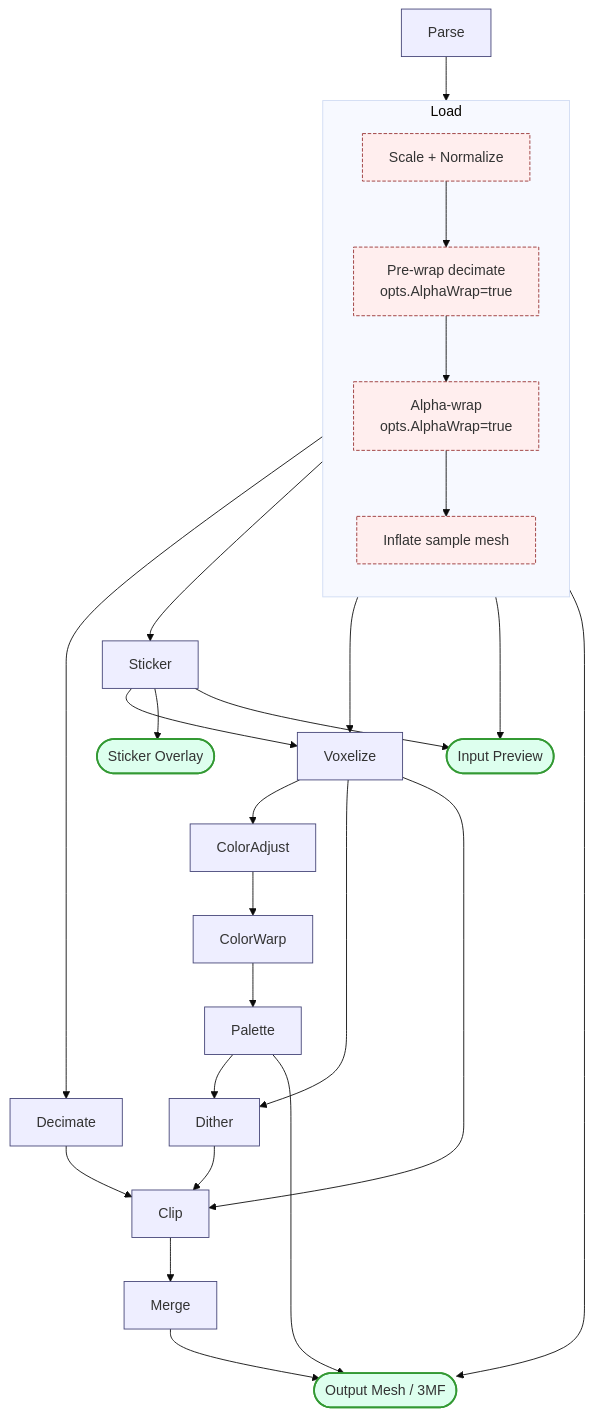
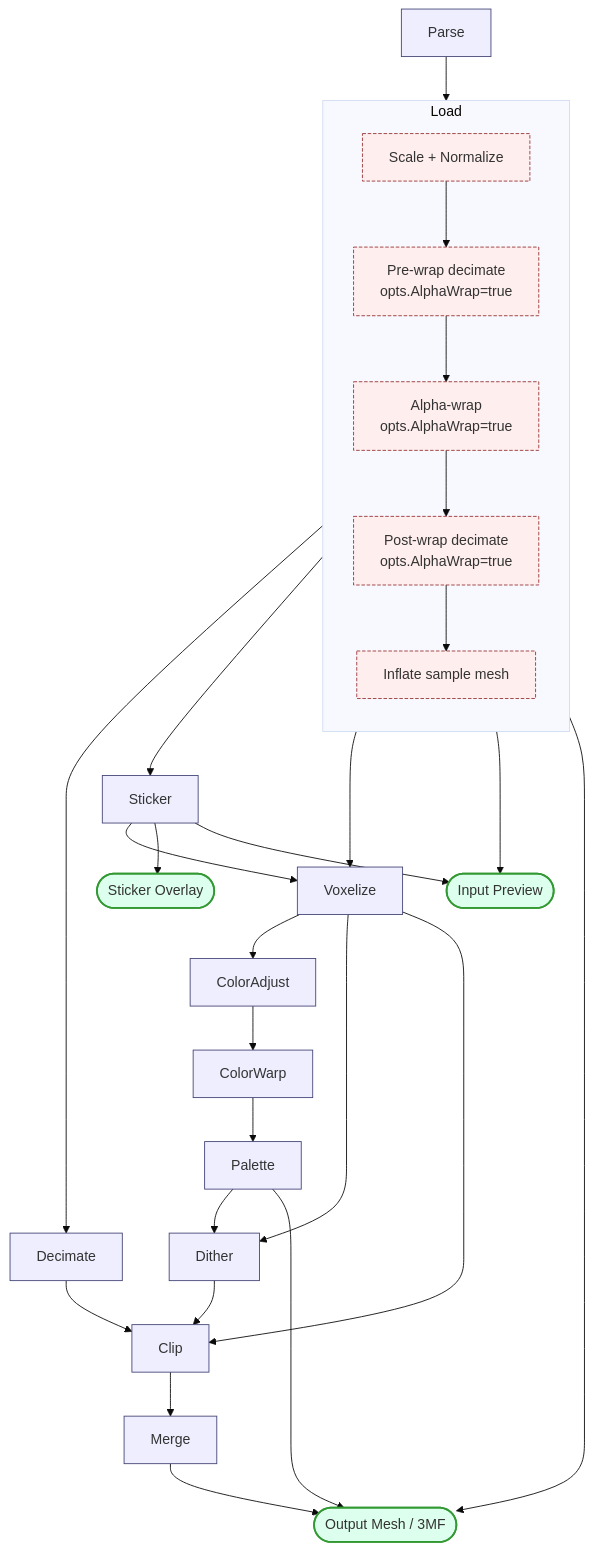
One commit to rtwfroody/ditherforge changed the diagram in internal/pipeline/PIPELINE.md. Above: the diagram before and after it, drawn with Mermaid (base theme). The commit also changed other lines of this file and 3 other files, not shown here.

````diff
--- a/internal/pipeline/PIPELINE.md
+++ b/internal/pipeline/PIPELINE.md
@@ -56,53 +56,54 @@
 ```mermaid
 graph TD
     classDef consumer fill:#dfe,stroke:#393,stroke-width:2px;
     classDef stage fill:#eef,stroke:#447;
     classDef substep fill:#fee,stroke:#933,stroke-dasharray: 4 2;
 
     Parse[Parse]:::stage
     Decimate[Decimate]:::stage
     Sticker[Sticker]:::stage
     Voxelize[Voxelize]:::stage
     ColorAdjust[ColorAdjust]:::stage
     ColorWarp[ColorWarp]:::stage
     Palette[Palette]:::stage
     Dither[Dither]:::stage
     Clip[Clip]:::stage
     Merge[Merge]:::stage
 
     subgraph Load[Load]
         direction TB
         Scale[Scale + Normalize]:::substep
         PreDecimate[Pre-wrap decimate<br/>opts.AlphaWrap=true]:::substep
         AlphaWrap[Alpha-wrap<br/>opts.AlphaWrap=true]:::substep
+        PostDecimate[Post-wrap decimate<br/>opts.AlphaWrap=true]:::substep
         Inflate[Inflate sample mesh]:::substep
-        Scale --> PreDecimate --> AlphaWrap --> Inflate
+        Scale --> PreDecimate --> AlphaWrap --> PostDecimate --> Inflate
     end
     class Load stage
 
     Parse --> Load
     Load --> Decimate
     Load --> Sticker
     Load --> Voxelize
     Sticker --> Voxelize
     Voxelize --> ColorAdjust
     ColorAdjust --> ColorWarp
     ColorWarp --> Palette
     Palette --> Dither
     Voxelize --> Dither
     Dither --> Clip
     Decimate --> Clip
     Voxelize --> Clip
     Clip --> Merge
 
     InputPreview([Input Preview]):::consumer
     Overlay([Sticker Overlay]):::consumer
     OutputMesh([Output Mesh / 3MF]):::consumer
 
     Load --> InputPreview
     Sticker --> Overlay
     Sticker --> InputPreview
     Merge --> OutputMesh
     Palette --> OutputMesh
     Load --> OutputMesh
 ```
````
